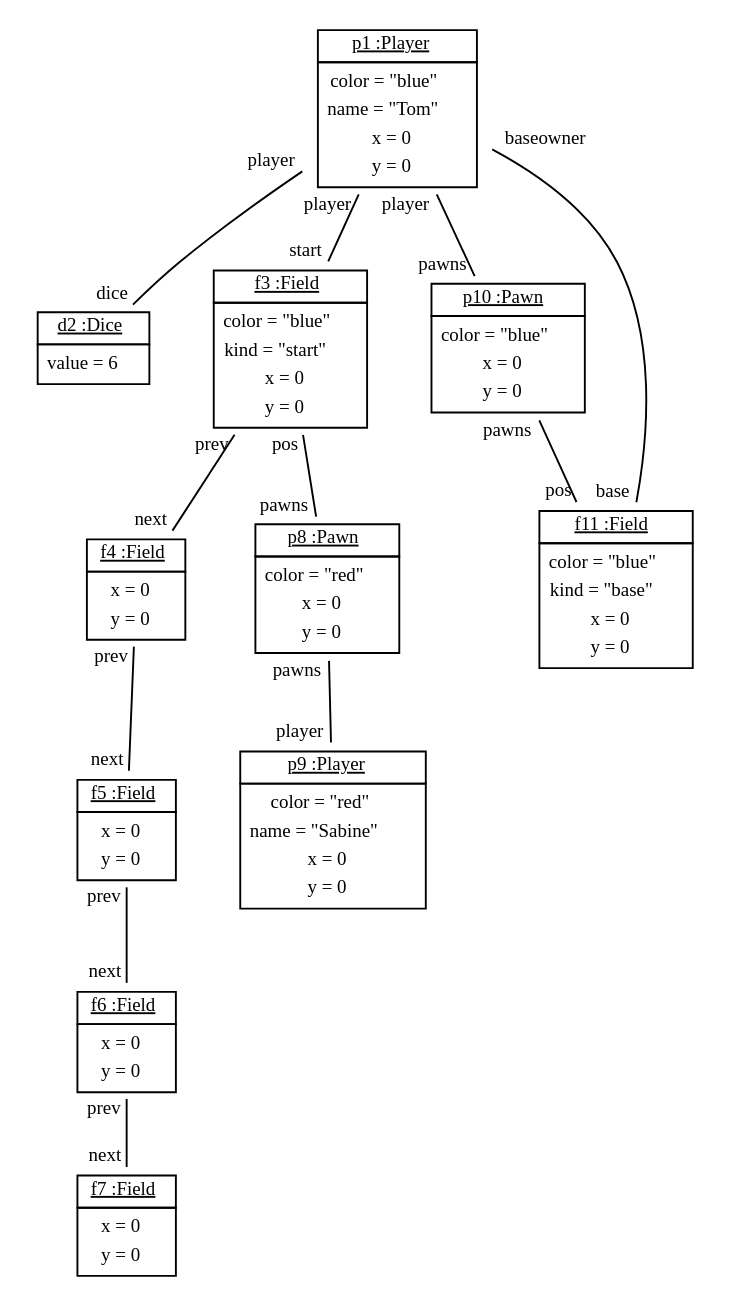
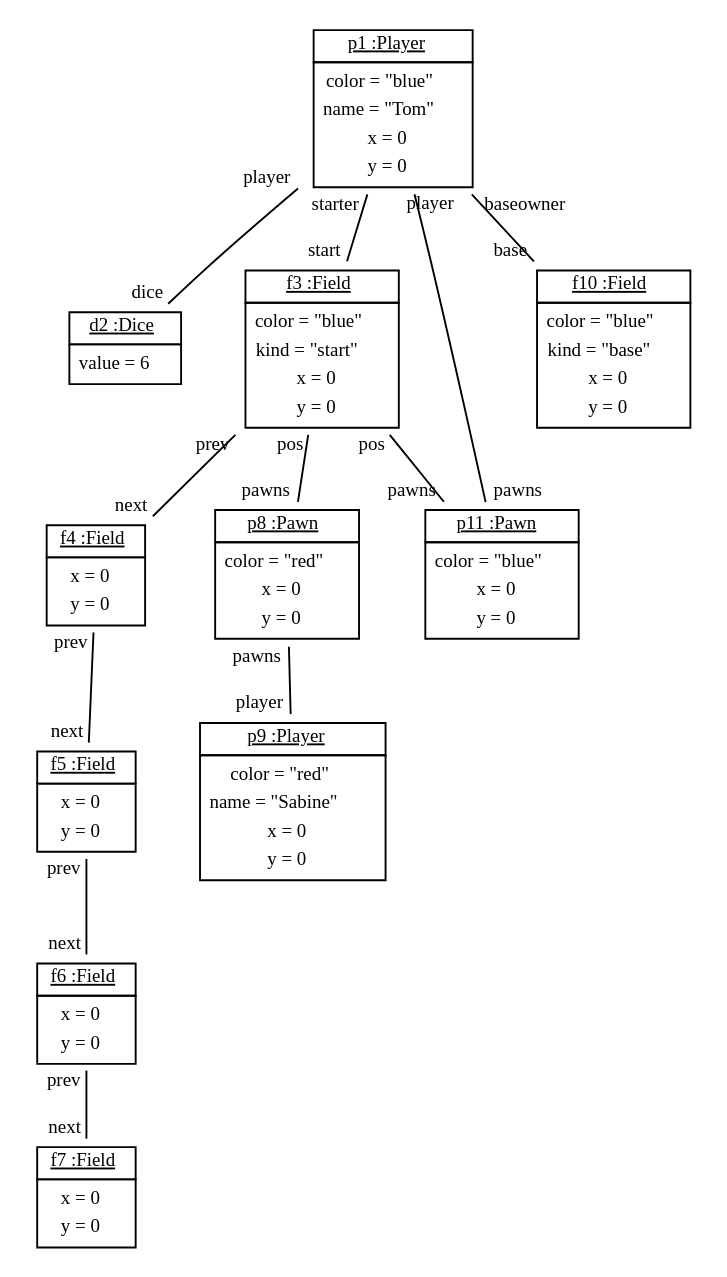
The diagram in doc/LudoScenarioManual6.dot (fujaba/SDMLib), drawn with Graphviz before and after one commit. The commit also changed 13 other files, not shown here.

```diff
--- a/doc/LudoScenarioManual6.dot
+++ b/doc/LudoScenarioManual6.dot
@@ -1,28 +1,28 @@
 graph ObjectDiagram {
    node [shape = none, fontsize = 10];
    edge [fontsize = 10];
 
 p1 [label=<<table border='0' cellborder='1' cellspacing='0'> <tr> <td> <u>p1 :Player</u></td></tr><tr><td><table border='0' cellborder='0' cellspacing='0'><tr><td>color = "blue"</td></tr><tr><td>name = "Tom"</td></tr><tr><td>x = 0</td></tr><tr><td>y = 0</td></tr></table></td></tr></table>>];
 d2 [label=<<table border='0' cellborder='1' cellspacing='0'> <tr> <td> <u>d2 :Dice</u></td></tr><tr><td><table border='0' cellborder='0' cellspacing='0'><tr><td>value = 6</td></tr></table></td></tr></table>>];
 f3 [label=<<table border='0' cellborder='1' cellspacing='0'> <tr> <td> <u>f3 :Field</u></td></tr><tr><td><table border='0' cellborder='0' cellspacing='0'><tr><td>color = "blue"</td></tr><tr><td>kind = "start"</td></tr><tr><td>x = 0</td></tr><tr><td>y = 0</td></tr></table></td></tr></table>>];
 f4 [label=<<table border='0' cellborder='1' cellspacing='0'> <tr> <td> <u>f4 :Field</u></td></tr><tr><td><table border='0' cellborder='0' cellspacing='0'><tr><td>x = 0</td></tr><tr><td>y = 0</td></tr></table></td></tr></table>>];
 f5 [label=<<table border='0' cellborder='1' cellspacing='0'> <tr> <td> <u>f5 :Field</u></td></tr><tr><td><table border='0' cellborder='0' cellspacing='0'><tr><td>x = 0</td></tr><tr><td>y = 0</td></tr></table></td></tr></table>>];
 f6 [label=<<table border='0' cellborder='1' cellspacing='0'> <tr> <td> <u>f6 :Field</u></td></tr><tr><td><table border='0' cellborder='0' cellspacing='0'><tr><td>x = 0</td></tr><tr><td>y = 0</td></tr></table></td></tr></table>>];
 f7 [label=<<table border='0' cellborder='1' cellspacing='0'> <tr> <td> <u>f7 :Field</u></td></tr><tr><td><table border='0' cellborder='0' cellspacing='0'><tr><td>x = 0</td></tr><tr><td>y = 0</td></tr></table></td></tr></table>>];
 p8 [label=<<table border='0' cellborder='1' cellspacing='0'> <tr> <td> <u>p8 :Pawn</u></td></tr><tr><td><table border='0' cellborder='0' cellspacing='0'><tr><td>color = "red"</td></tr><tr><td>x = 0</td></tr><tr><td>y = 0</td></tr></table></td></tr></table>>];
 p9 [label=<<table border='0' cellborder='1' cellspacing='0'> <tr> <td> <u>p9 :Player</u></td></tr><tr><td><table border='0' cellborder='0' cellspacing='0'><tr><td>color = "red"</td></tr><tr><td>name = "Sabine"</td></tr><tr><td>x = 0</td></tr><tr><td>y = 0</td></tr></table></td></tr></table>>];
-p10 [label=<<table border='0' cellborder='1' cellspacing='0'> <tr> <td> <u>p10 :Pawn</u></td></tr><tr><td><table border='0' cellborder='0' cellspacing='0'><tr><td>color = "blue"</td></tr><tr><td>x = 0</td></tr><tr><td>y = 0</td></tr></table></td></tr></table>>];
-f11 [label=<<table border='0' cellborder='1' cellspacing='0'> <tr> <td> <u>f11 :Field</u></td></tr><tr><td><table border='0' cellborder='0' cellspacing='0'><tr><td>color = "blue"</td></tr><tr><td>kind = "base"</td></tr><tr><td>x = 0</td></tr><tr><td>y = 0</td></tr></table></td></tr></table>>];
+p11 [label=<<table border='0' cellborder='1' cellspacing='0'> <tr> <td> <u>p11 :Pawn</u></td></tr><tr><td><table border='0' cellborder='0' cellspacing='0'><tr><td>color = "blue"</td></tr><tr><td>x = 0</td></tr><tr><td>y = 0</td></tr></table></td></tr></table>>];
+f10 [label=<<table border='0' cellborder='1' cellspacing='0'> <tr> <td> <u>f10 :Field</u></td></tr><tr><td><table border='0' cellborder='0' cellspacing='0'><tr><td>color = "blue"</td></tr><tr><td>kind = "base"</td></tr><tr><td>x = 0</td></tr><tr><td>y = 0</td></tr></table></td></tr></table>>];
 
 f3 -- f4 [headlabel = "next" taillabel = "prev"];
+f3 -- p11 [headlabel = "pawns" taillabel = "pos"];
 f3 -- p8 [headlabel = "pawns" taillabel = "pos"];
 f4 -- f5 [headlabel = "next" taillabel = "prev"];
 f5 -- f6 [headlabel = "next" taillabel = "prev"];
 f6 -- f7 [headlabel = "next" taillabel = "prev"];
-p10 -- f11 [headlabel = "pos" taillabel = "pawns"];
 p1 -- d2 [headlabel = "dice" taillabel = "player"];
-p1 -- f11 [headlabel = "base" taillabel = "baseowner"];
-p1 -- f3 [headlabel = "start" taillabel = "player"];
-p1 -- p10 [headlabel = "pawns" taillabel = "player"];
+p1 -- f10 [headlabel = "base" taillabel = "baseowner"];
+p1 -- f3 [headlabel = "start" taillabel = "starter"];
+p1 -- p11 [headlabel = "pawns" taillabel = "player"];
 p8 -- p9 [headlabel = "player" taillabel = "pawns"];
 }
```
